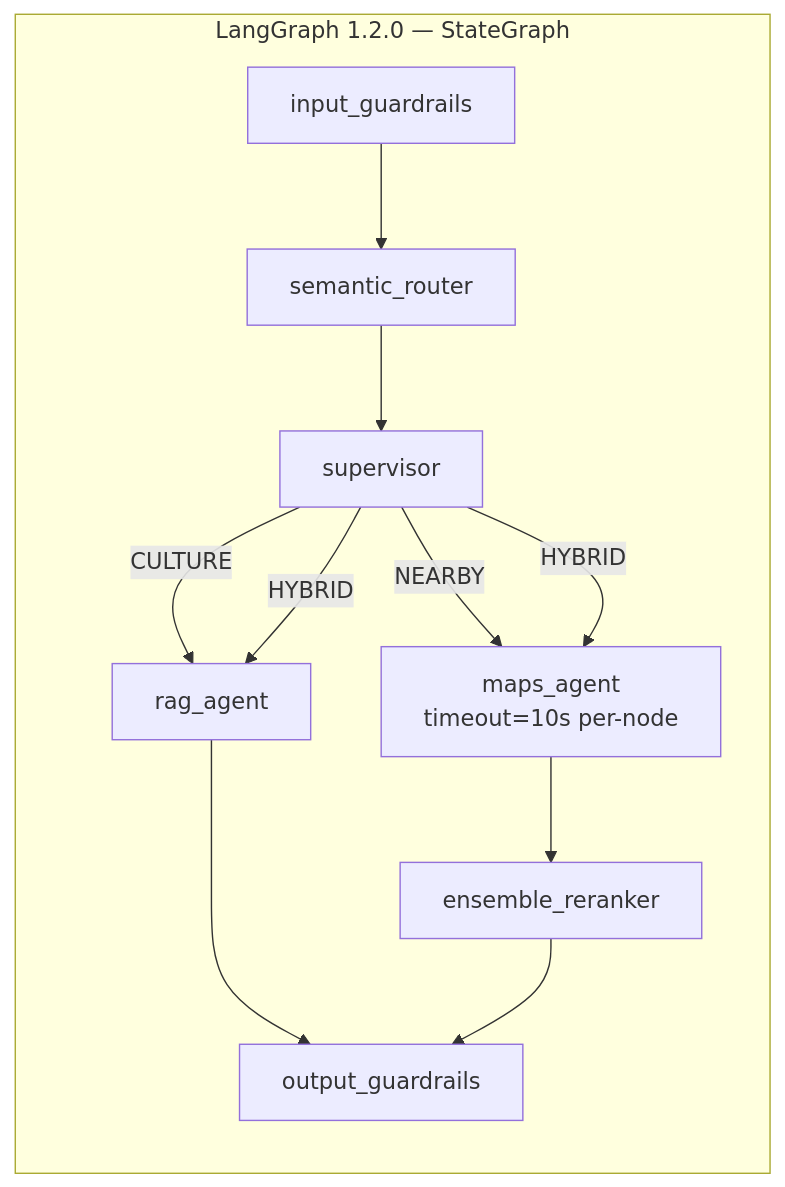
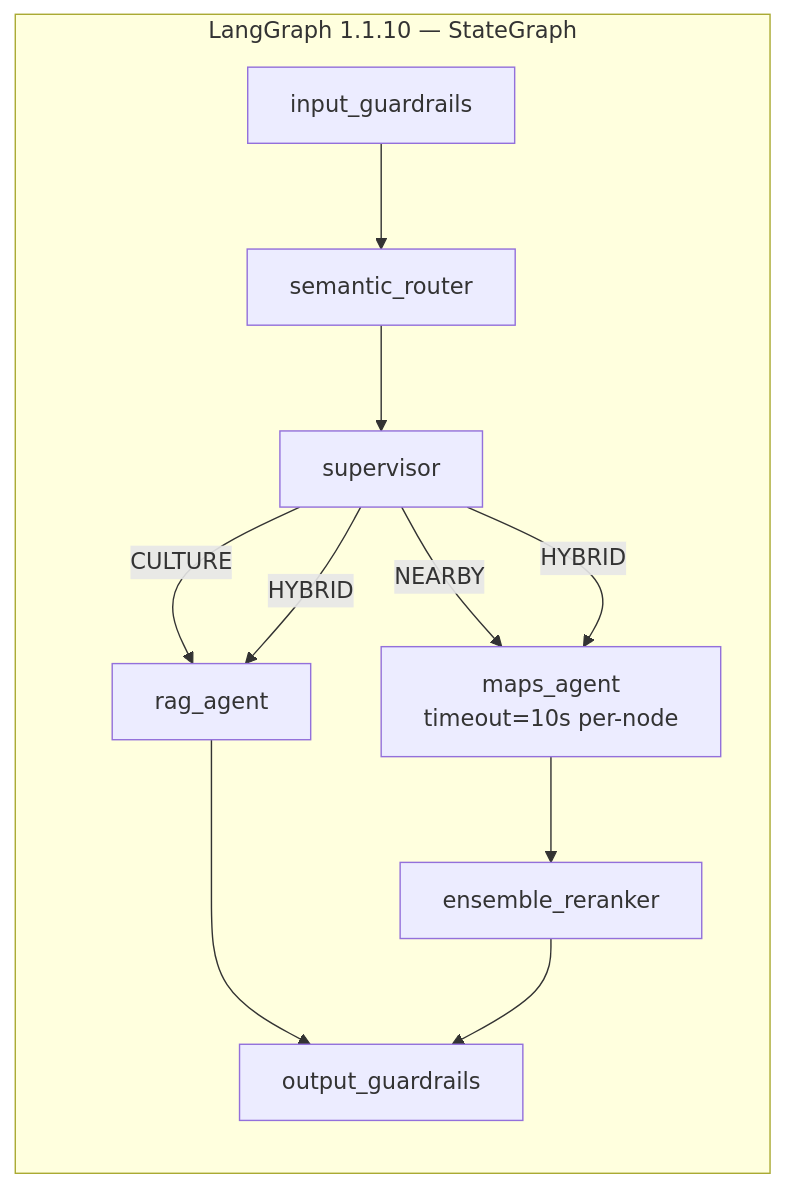
The third of 10 diagrams in docs/REQUIREMENTS.md (thanhnndev/citd-hk1-project), drawn with Mermaid before and after one commit. The commit also changed other lines of this file, not shown here.

````diff
--- a/docs/REQUIREMENTS.md
+++ b/docs/REQUIREMENTS.md
@@ -363,21 +396,21 @@
 ```mermaid
 flowchart LR
-    subgraph Graph["LangGraph 1.2.0 — StateGraph"]
+    subgraph Graph["LangGraph 1.1.10 — StateGraph"]
         direction TB
         N1["input_guardrails"]
         N2["semantic_router"]
         N3["supervisor"]
         N4["rag_agent"]
         N5["maps_agent\ntimeout=10s per-node"]
         N6["ensemble_reranker"]
         N7["output_guardrails"]
     end
 
     N1 --> N2 --> N3
     N3 -->|CULTURE| N4
     N3 -->|NEARBY| N5
     N3 -->|HYBRID| N4
     N3 -->|HYBRID| N5
     N4 --> N7
     N5 --> N6 --> N7
 ```
````
